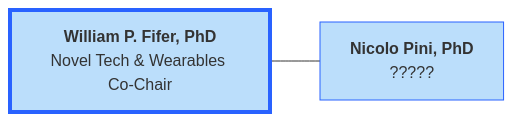
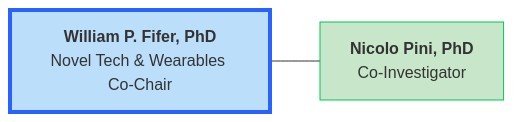
Before and after one commit to DCAN-Labs/hbcd-docs-internal: diagram 12 of 12 in docs/orgcharts.md, drawn with Mermaid. The commit also changed other lines of this file, not shown here.

````diff
--- a/docs/orgcharts.md
+++ b/docs/orgcharts.md
@@ -1068,10 +1051,7 @@
 ```mermaid
----
-config:
-  layout: fixed
----
 flowchart LR
-    n16["<b>William P. Fifer, PhD</b><br>Novel Tech & Wearables Co-Chair"] --- n17["<b>Nicolo Pini, PhD</b><br>?????"]
+    n16["<b>William P. Fifer, PhD</b><br>Novel Tech &amp; Wearables Co-Chair"]
+    n16 --- n17["<b>Nicolo Pini, PhD</b><br>Co-Investigator"]
     style n16 fill:#BBDEFB,stroke:#2962FF,stroke-width:4px
-    style n17 fill:#BBDEFB,stroke:#2962FF
+    style n17 fill:#C8E6C9,stroke:#00C853
 ```
````
